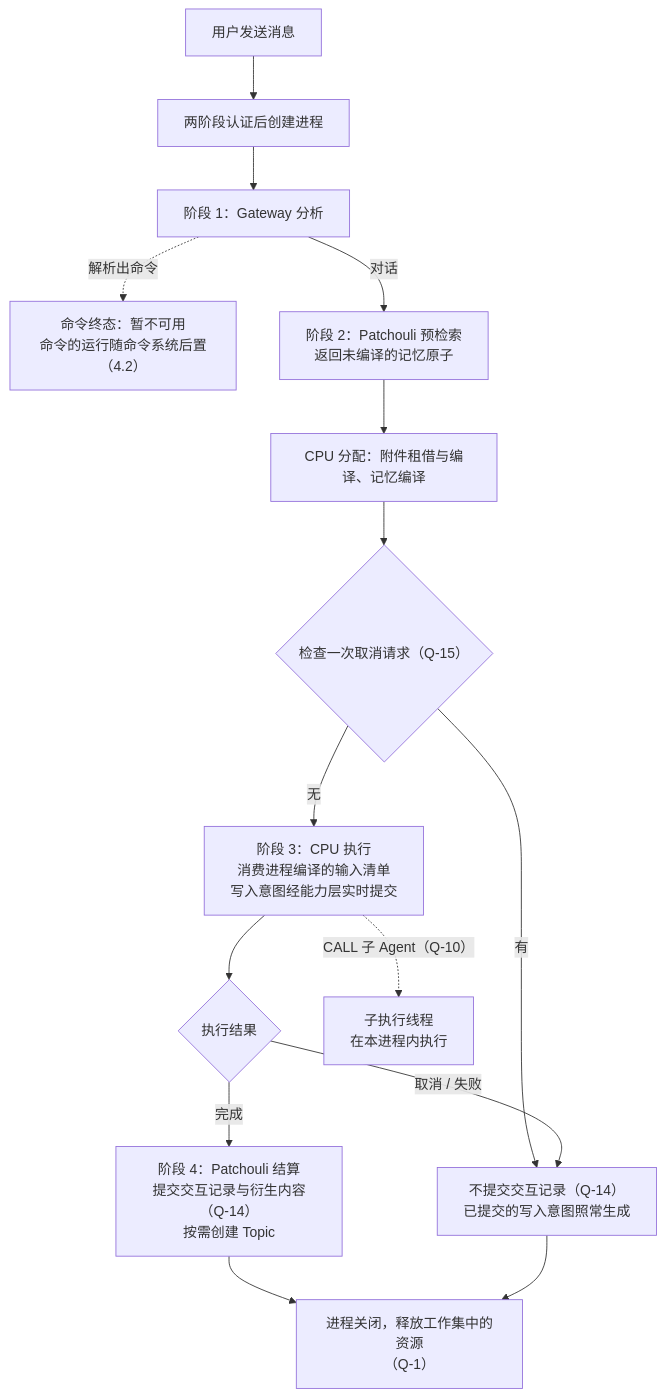
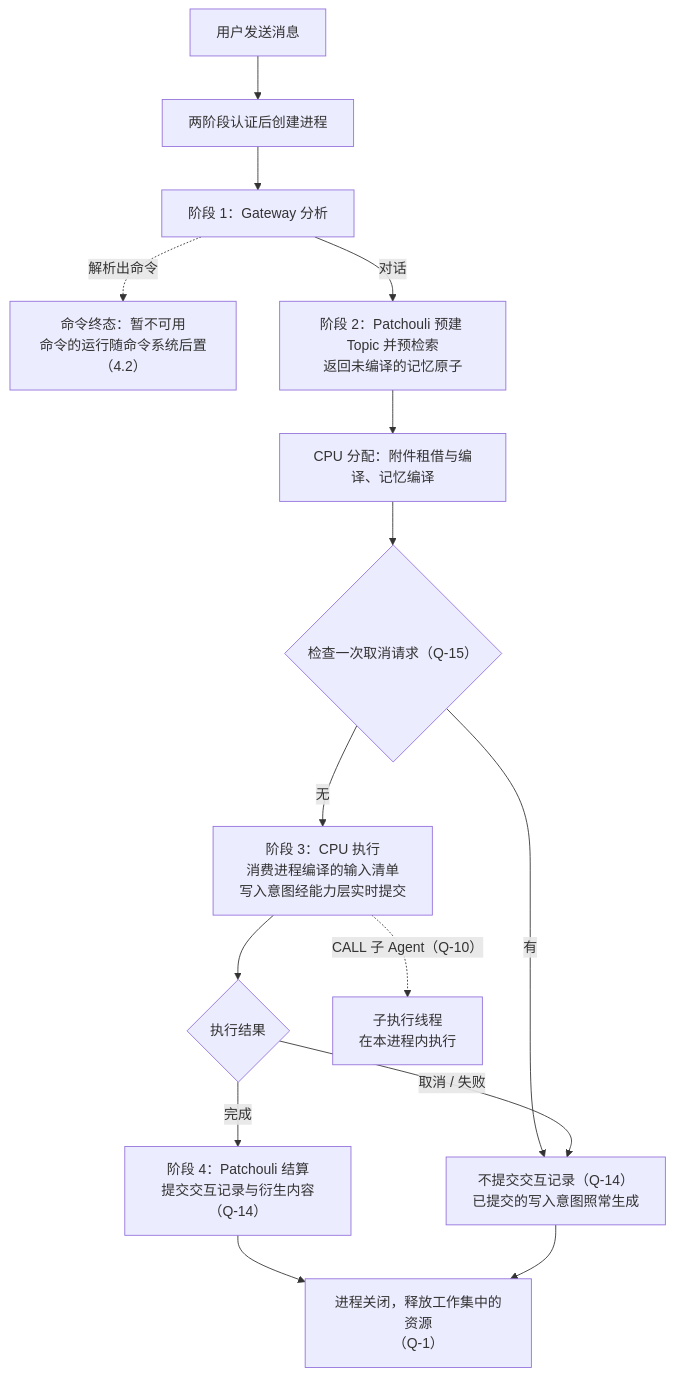
One commit to artemis03976/HiveMemory changed the fourth of 4 diagrams in docs/ideas/task-process-table-and-registration-entry.md. Above: the diagram before and after it, drawn with Mermaid. The commit also changed other lines of this file and 12 other files, not shown here.

````diff
--- a/docs/ideas/task-process-table-and-registration-entry.md
+++ b/docs/ideas/task-process-table-and-registration-entry.md
@@ -306,17 +308,17 @@
 ```mermaid
 flowchart TB
     A["用户发送消息"] --> B["两阶段认证后创建进程"]
     B --> C["阶段 1：Gateway 分析"]
     C -. "解析出命令" .-> K["命令终态：暂不可用<br/>命令的运行随命令系统后置（4.2）"]
-    C -- "对话" --> D["阶段 2：Patchouli 预检索<br/>返回未编译的记忆原子"]
+    C -- "对话" --> D["阶段 2：Patchouli 预建 Topic 并预检索<br/>返回未编译的记忆原子"]
     D --> E["CPU 分配：附件租借与编译、记忆编译"]
     E --> X{"检查一次取消请求（Q-15）"}
     X -- "有" --> I
     X -- "无" --> F["阶段 3：CPU 执行<br/>消费进程编译的输入清单<br/>写入意图经能力层实时提交"]
     F --> G{"执行结果"}
-    G -- "完成" --> H["阶段 4：Patchouli 结算<br/>提交交互记录与衍生内容（Q-14）<br/>按需创建 Topic"]
+    G -- "完成" --> H["阶段 4：Patchouli 结算<br/>提交交互记录与衍生内容（Q-14）"]
     G -- "取消 / 失败" --> I["不提交交互记录（Q-14）<br/>已提交的写入意图照常生成"]
     H --> J["进程关闭，释放工作集中的资源<br/>（Q-1）"]
     I --> J
     F -. "CALL 子 Agent（Q-10）" .-> L["子执行线程<br/>在本进程内执行"]
 ```
````
